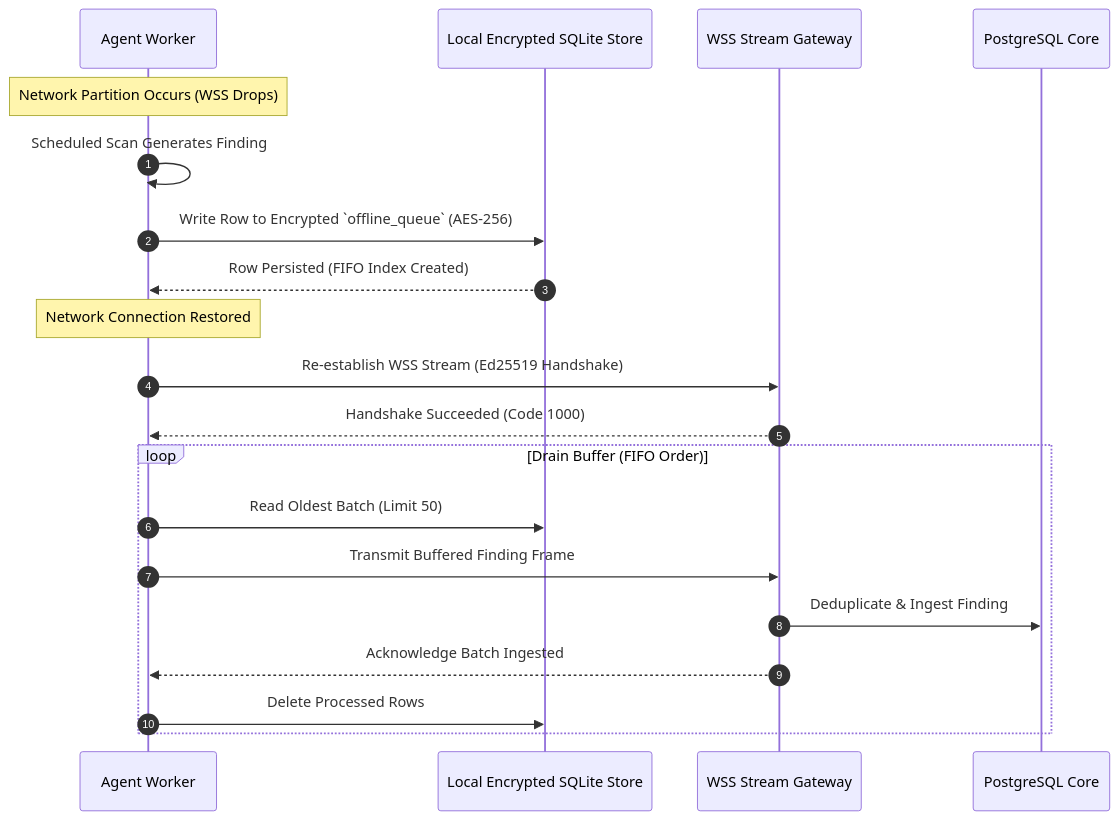
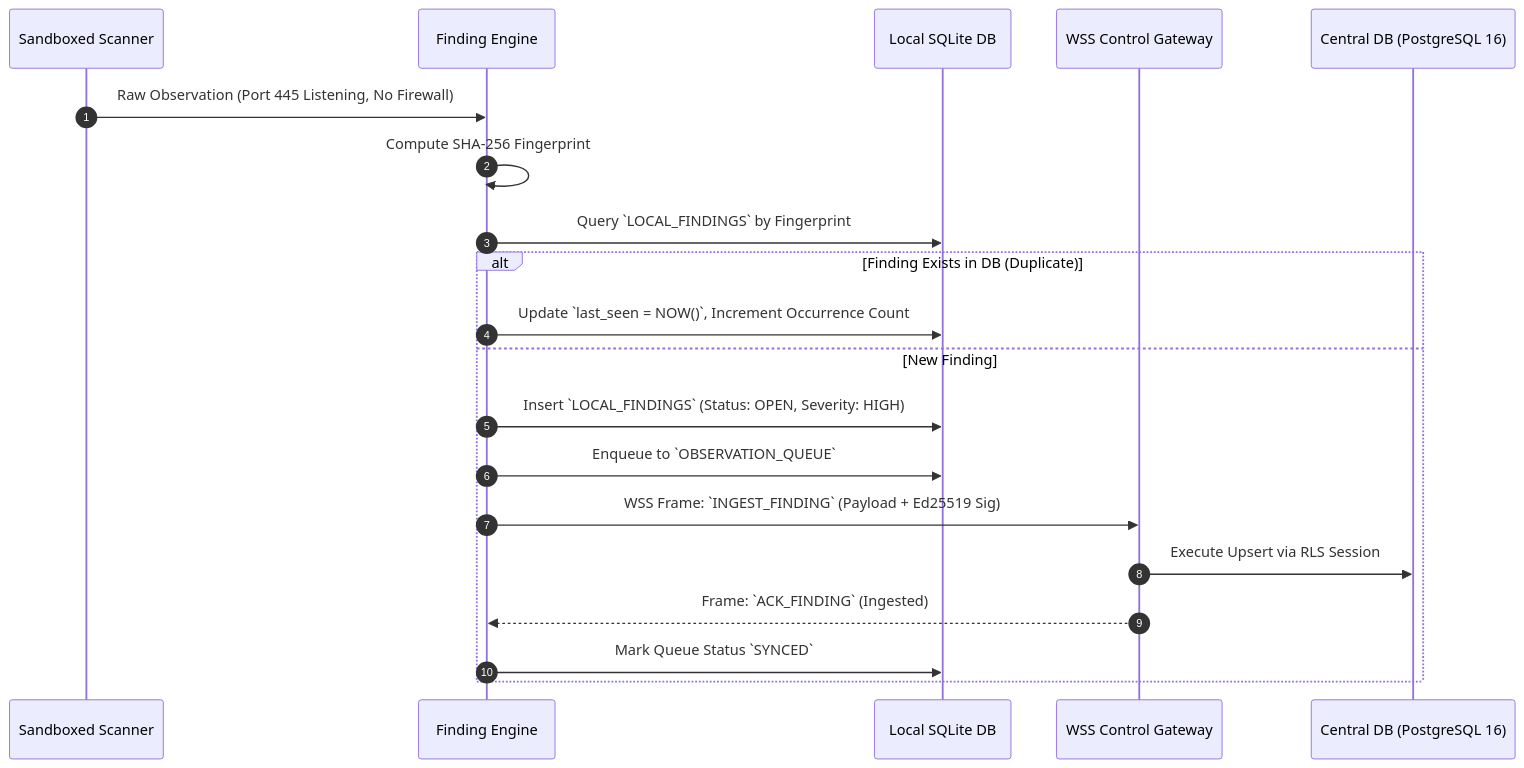
Diagram 13 of 13 in docs/SYSTEM_DESIGN.md (Subhadip-Paul2006/NETRA-Backend), drawn with Mermaid before and after one commit. The commit also changed other lines of this file and 15 other files, not shown here.

Commit message:
docs: establish authoritative open-source academic architecture & technical specification suite

````diff
--- a/docs/SYSTEM_DESIGN.md
+++ b/docs/SYSTEM_DESIGN.md
@@ -222,25 +418,23 @@
 ```mermaid
 sequenceDiagram
     autonumber
-    participant Worker as Agent Worker
-    participant SQLite as Local Encrypted SQLite Store
-    participant WSS as WSS Stream Gateway
-    participant DB as PostgreSQL Core
+    participant Scanner as Sandboxed Scanner
+    participant Engine as Finding Engine
+    participant SQLite as Local SQLite DB
+    participant Gateway as WSS Control Gateway
+    participant Postgres as Central DB (PostgreSQL 16)
 
-    Note over Worker: Network Partition Occurs (WSS Drops)
-    Worker->>Worker: Scheduled Scan Generates Finding
-    Worker->>SQLite: Write Row to Encrypted `offline_queue` (AES-256)
-    SQLite-->>Worker: Row Persisted (FIFO Index Created)
-
-    Note over Worker: Network Connection Restored
-    Worker->>WSS: Re-establish WSS Stream (Ed25519 Handshake)
-    WSS-->>Worker: Handshake Succeeded (Code 1000)
-
-    loop Drain Buffer (FIFO Order)
-        Worker->>SQLite: Read Oldest Batch (Limit 50)
-        Worker->>WSS: Transmit Buffered Finding Frame
-        WSS->>DB: Deduplicate & Ingest Finding
-        WSS-->>Worker: Acknowledge Batch Ingested
-        Worker->>SQLite: Delete Processed Rows
+    Scanner->>Engine: Raw Observation (Port 445 Listening, No Firewall)
+    Engine->>Engine: Compute SHA-256 Fingerprint
+    Engine->>SQLite: Query `LOCAL_FINDINGS` by Fingerprint
+    alt Finding Exists in DB (Duplicate)
+        Engine->>SQLite: Update `last_seen = NOW()`, Increment Occurrence Count
+    else New Finding
+        Engine->>SQLite: Insert `LOCAL_FINDINGS` (Status: OPEN, Severity: HIGH)
+        Engine->>SQLite: Enqueue to `OBSERVATION_QUEUE`
+        Engine->>Gateway: WSS Frame: `INGEST_FINDING` (Payload + Ed25519 Sig)
+        Gateway->>Postgres: Execute Upsert via RLS Session
+        Gateway-->>Engine: Frame: `ACK_FINDING` (Ingested)
+        Engine->>SQLite: Mark Queue Status `SYNCED`
     end
 ```
````
